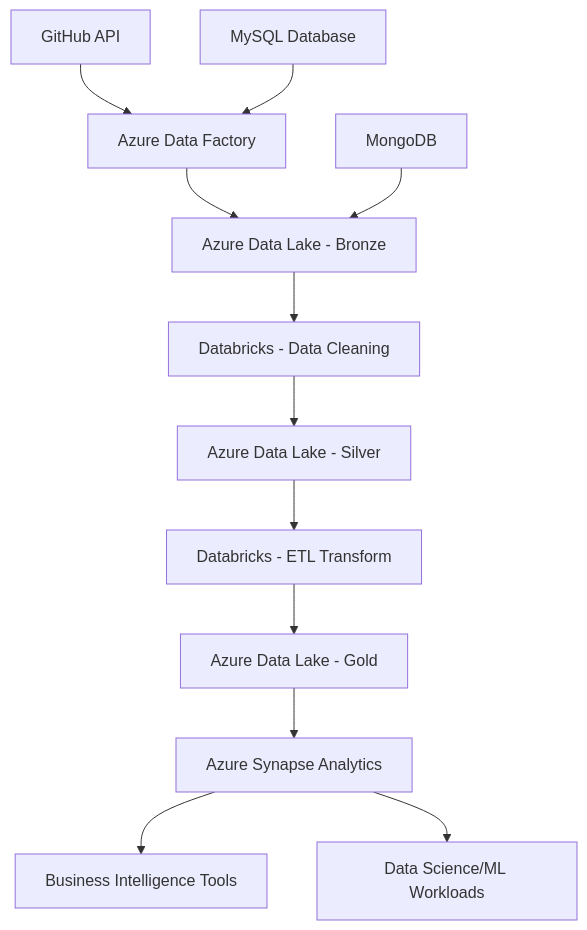
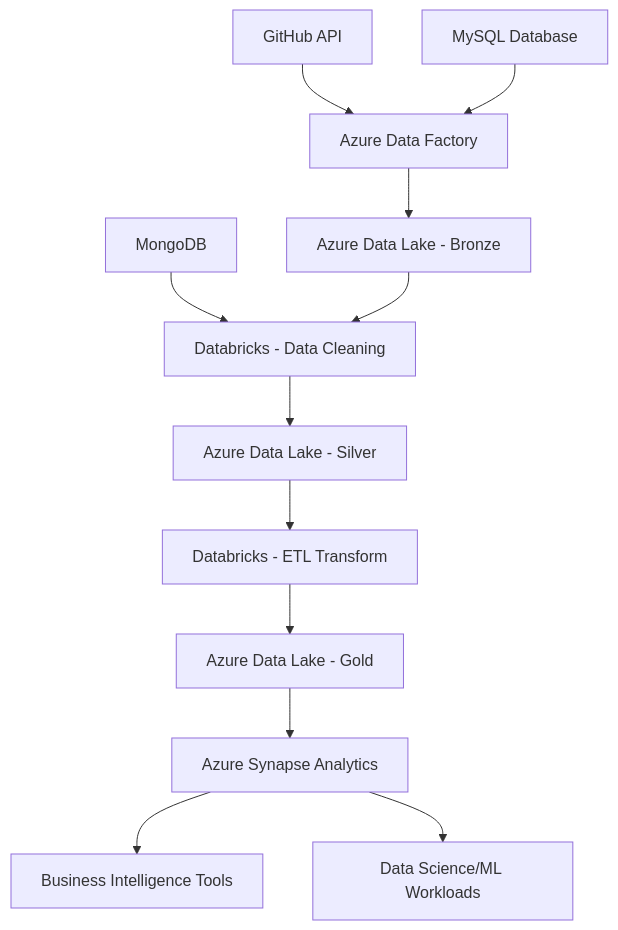
One commit to Preeti290995-edhec/Data-Engineering-Project changed the diagram in README.md. Above: the diagram before and after it, drawn with Mermaid.

Commit message:
UPDATE README.md file

````diff
--- a/README.md
+++ b/README.md
@@ -185,14 +185,14 @@
 ```mermaid
 graph TD
     A[GitHub API] --> B[Azure Data Factory]
     C[MySQL Database] --> B
+    D[MongoDB] --> F
     B --> E[Azure Data Lake - Bronze]
-    D[MongoDB] --> E
     E --> F[Databricks - Data Cleaning]
     F --> G[Azure Data Lake - Silver]
     G --> H[Databricks - ETL Transform]
     H --> I[Azure Data Lake - Gold]
     I --> J[Azure Synapse Analytics]
     J --> K[Business Intelligence Tools]
     J --> L[Data Science/ML Workloads]
 ```
````
